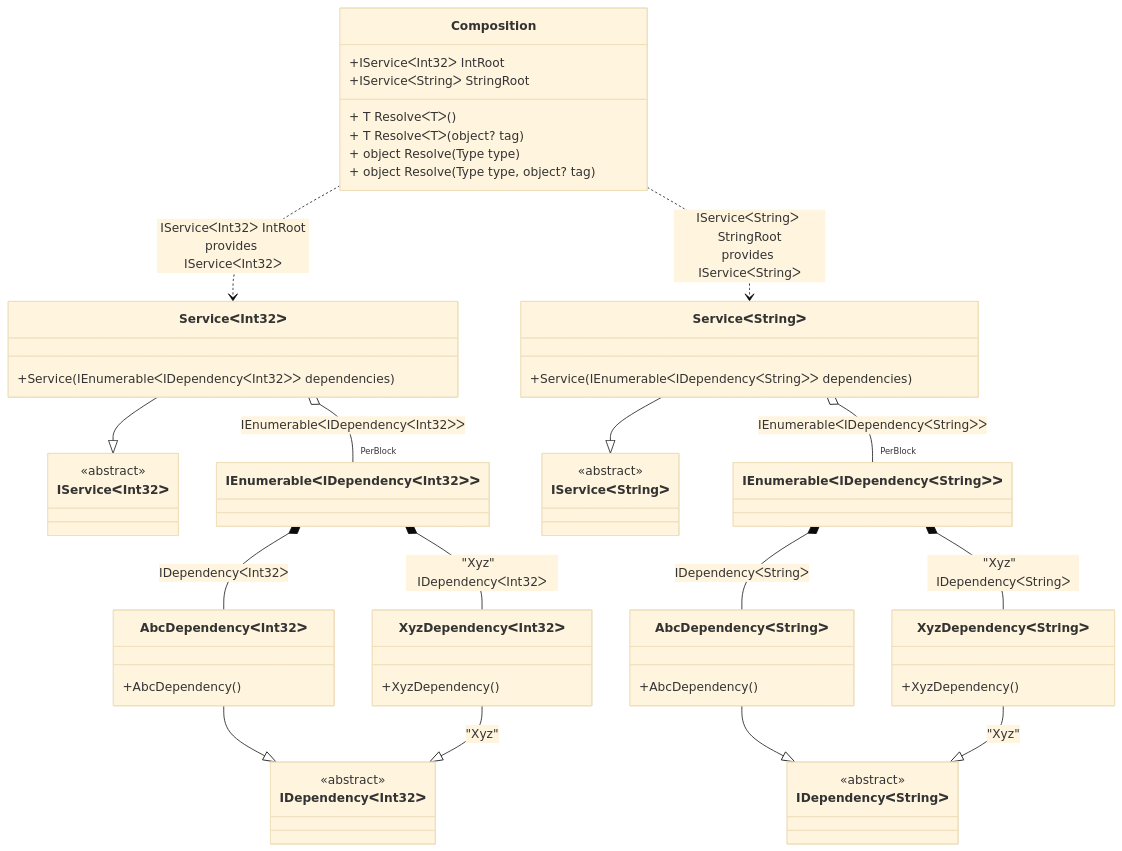
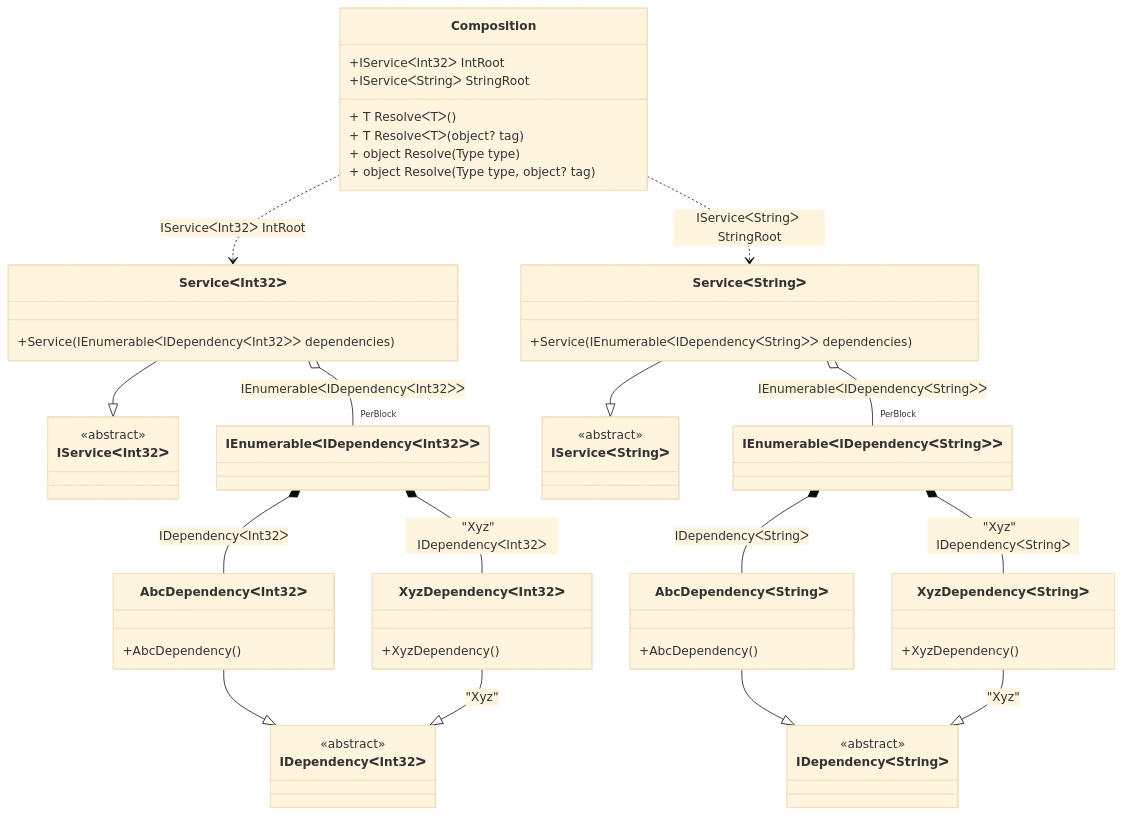
Before and after one commit to DevTeam/Pure.DI: the diagram in readme/enumerable-generics.md, drawn with Mermaid (base theme). The commit also changed other lines of this file and 74 other files, not shown here.

````diff
--- a/readme/enumerable-generics.md
+++ b/readme/enumerable-generics.md
@@ -46,57 +46,57 @@
 ```mermaid
 classDiagram
   class Composition {
     +IServiceᐸInt32ᐳ IntRoot
     +IServiceᐸStringᐳ StringRoot
     + T ResolveᐸTᐳ()
     + T ResolveᐸTᐳ(object? tag)
     + object Resolve(Type type)
     + object Resolve(Type type, object? tag)
   }
   class IEnumerableᐸIDependencyᐸStringᐳᐳ
   class IEnumerableᐸIDependencyᐸInt32ᐳᐳ
   AbcDependencyᐸStringᐳ --|> IDependencyᐸStringᐳ : 
   class AbcDependencyᐸStringᐳ {
     +AbcDependency()
   }
   XyzDependencyᐸStringᐳ --|> IDependencyᐸStringᐳ : "Xyz" 
   class XyzDependencyᐸStringᐳ {
     +XyzDependency()
   }
   AbcDependencyᐸInt32ᐳ --|> IDependencyᐸInt32ᐳ : 
   class AbcDependencyᐸInt32ᐳ {
     +AbcDependency()
   }
   XyzDependencyᐸInt32ᐳ --|> IDependencyᐸInt32ᐳ : "Xyz" 
   class XyzDependencyᐸInt32ᐳ {
     +XyzDependency()
   }
   ServiceᐸInt32ᐳ --|> IServiceᐸInt32ᐳ : 
   class ServiceᐸInt32ᐳ {
     +Service(IEnumerableᐸIDependencyᐸInt32ᐳᐳ dependencies)
   }
   ServiceᐸStringᐳ --|> IServiceᐸStringᐳ : 
   class ServiceᐸStringᐳ {
     +Service(IEnumerableᐸIDependencyᐸStringᐳᐳ dependencies)
   }
   class IDependencyᐸStringᐳ {
     <<abstract>>
   }
   class IDependencyᐸInt32ᐳ {
     <<abstract>>
   }
   class IServiceᐸInt32ᐳ {
     <<abstract>>
   }
   class IServiceᐸStringᐳ {
     <<abstract>>
   }
   IEnumerableᐸIDependencyᐸStringᐳᐳ *--  AbcDependencyᐸStringᐳ : IDependencyᐸStringᐳ
   IEnumerableᐸIDependencyᐸStringᐳᐳ *--  XyzDependencyᐸStringᐳ : "Xyz"  IDependencyᐸStringᐳ
   IEnumerableᐸIDependencyᐸInt32ᐳᐳ *--  AbcDependencyᐸInt32ᐳ : IDependencyᐸInt32ᐳ
   IEnumerableᐸIDependencyᐸInt32ᐳᐳ *--  XyzDependencyᐸInt32ᐳ : "Xyz"  IDependencyᐸInt32ᐳ
-  Composition ..> ServiceᐸInt32ᐳ : IServiceᐸInt32ᐳ IntRoot<br/>provides IServiceᐸInt32ᐳ
-  Composition ..> ServiceᐸStringᐳ : IServiceᐸStringᐳ StringRoot<br/>provides IServiceᐸStringᐳ
+  Composition ..> ServiceᐸInt32ᐳ : IServiceᐸInt32ᐳ IntRoot
+  Composition ..> ServiceᐸStringᐳ : IServiceᐸStringᐳ StringRoot
   ServiceᐸInt32ᐳ o--  "PerBlock" IEnumerableᐸIDependencyᐸInt32ᐳᐳ : IEnumerableᐸIDependencyᐸInt32ᐳᐳ
   ServiceᐸStringᐳ o--  "PerBlock" IEnumerableᐸIDependencyᐸStringᐳᐳ : IEnumerableᐸIDependencyᐸStringᐳᐳ
 ```
````
